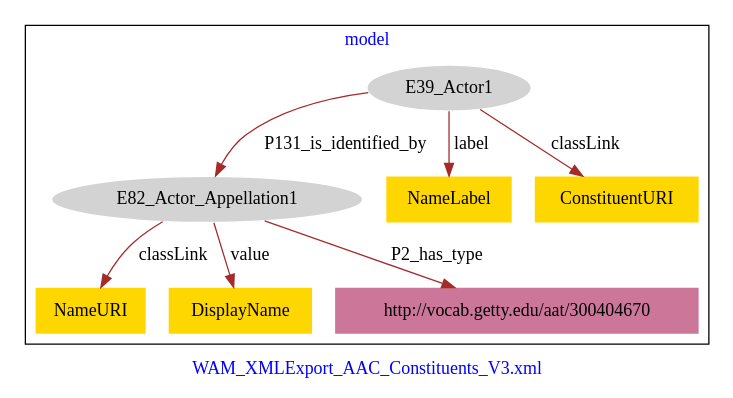
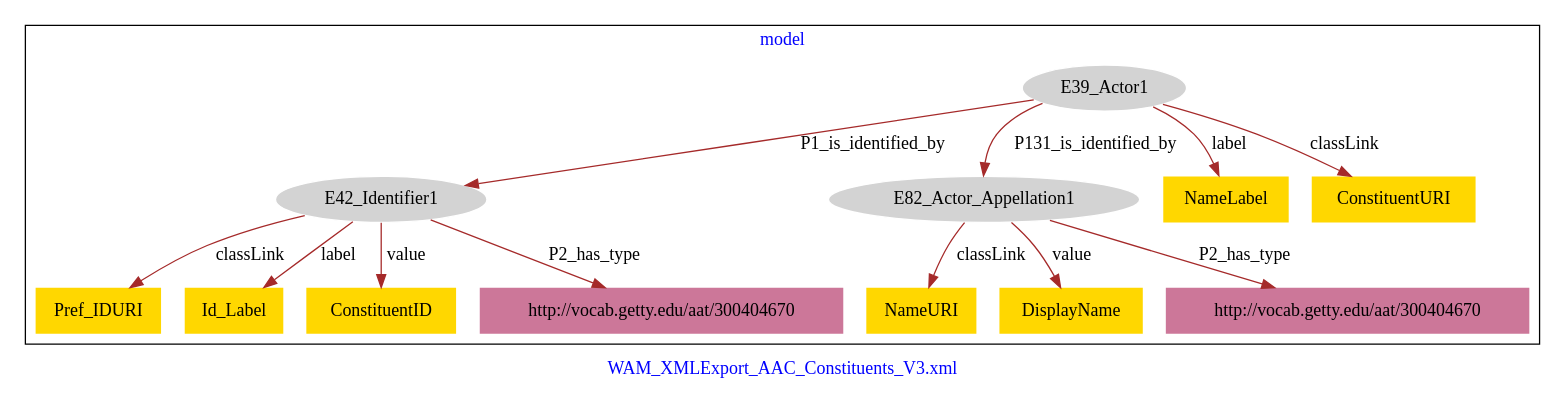
Before and after one commit to american-art/wam: the diagram in WAM_AAC_Constituents_institution/WAM_AAC_Constituents_institution-model.dot, drawn with Graphviz.

Commit message:
Update file WAM_AAC_Constituents_institution-model.dot

```diff
--- a/WAM_AAC_Constituents_institution/WAM_AAC_Constituents_institution-model.dot
+++ b/WAM_AAC_Constituents_institution/WAM_AAC_Constituents_institution-model.dot
@@ -1,21 +1,31 @@
 digraph n0 {
 fontcolor="blue"
 remincross="true"
 label="WAM_XMLExport_AAC_Constituents_V3.xml"
 subgraph cluster {
 label="model"
 n2[style="filled",color="white",fillcolor="lightgray",label="E39_Actor1"];
-n3[style="filled",color="white",fillcolor="lightgray",label="E82_Actor_Appellation1"];
-n4[shape="plaintext",style="filled",fillcolor="gold",label="NameURI"];
-n5[shape="plaintext",style="filled",fillcolor="gold",label="NameLabel"];
-n6[shape="plaintext",style="filled",fillcolor="gold",label="DisplayName"];
-n7[shape="plaintext",style="filled",fillcolor="gold",label="ConstituentURI"];
-n8[shape="plaintext",style="filled",fillcolor="#CC7799",label="http://vocab.getty.edu/aat/300404670"];
+n3[style="filled",color="white",fillcolor="lightgray",label="E42_Identifier1"];
+n4[style="filled",color="white",fillcolor="lightgray",label="E82_Actor_Appellation1"];
+n5[shape="plaintext",style="filled",fillcolor="gold",label="Pref_IDURI"];
+n6[shape="plaintext",style="filled",fillcolor="gold",label="NameLabel"];
+n7[shape="plaintext",style="filled",fillcolor="gold",label="Id_Label"];
+n8[shape="plaintext",style="filled",fillcolor="gold",label="ConstituentID"];
+n9[shape="plaintext",style="filled",fillcolor="gold",label="NameURI"];
+n10[shape="plaintext",style="filled",fillcolor="gold",label="ConstituentURI"];
+n11[shape="plaintext",style="filled",fillcolor="gold",label="DisplayName"];
+n12[shape="plaintext",style="filled",fillcolor="#CC7799",label="http://vocab.getty.edu/aat/300404670"];
+n13[shape="plaintext",style="filled",fillcolor="#CC7799",label="http://vocab.getty.edu/aat/300404670"];
 }
-n2 -> n3[color="brown",fontcolor="black",label="P131_is_identified_by"]
-n3 -> n4[color="brown",fontcolor="black",label="classLink"]
-n2 -> n5[color="brown",fontcolor="black",label="label"]
-n3 -> n6[color="brown",fontcolor="black",label="value"]
-n2 -> n7[color="brown",fontcolor="black",label="classLink"]
-n3 -> n8[color="brown",fontcolor="black",label="P2_has_type"]
+n2 -> n3[color="brown",fontcolor="black",label="P1_is_identified_by"]
+n2 -> n4[color="brown",fontcolor="black",label="P131_is_identified_by"]
+n3 -> n5[color="brown",fontcolor="black",label="classLink"]
+n2 -> n6[color="brown",fontcolor="black",label="label"]
+n3 -> n7[color="brown",fontcolor="black",label="label"]
+n3 -> n8[color="brown",fontcolor="black",label="value"]
+n4 -> n9[color="brown",fontcolor="black",label="classLink"]
+n2 -> n10[color="brown",fontcolor="black",label="classLink"]
+n4 -> n11[color="brown",fontcolor="black",label="value"]
+n4 -> n12[color="brown",fontcolor="black",label="P2_has_type"]
+n3 -> n13[color="brown",fontcolor="black",label="P2_has_type"]
 }
```
